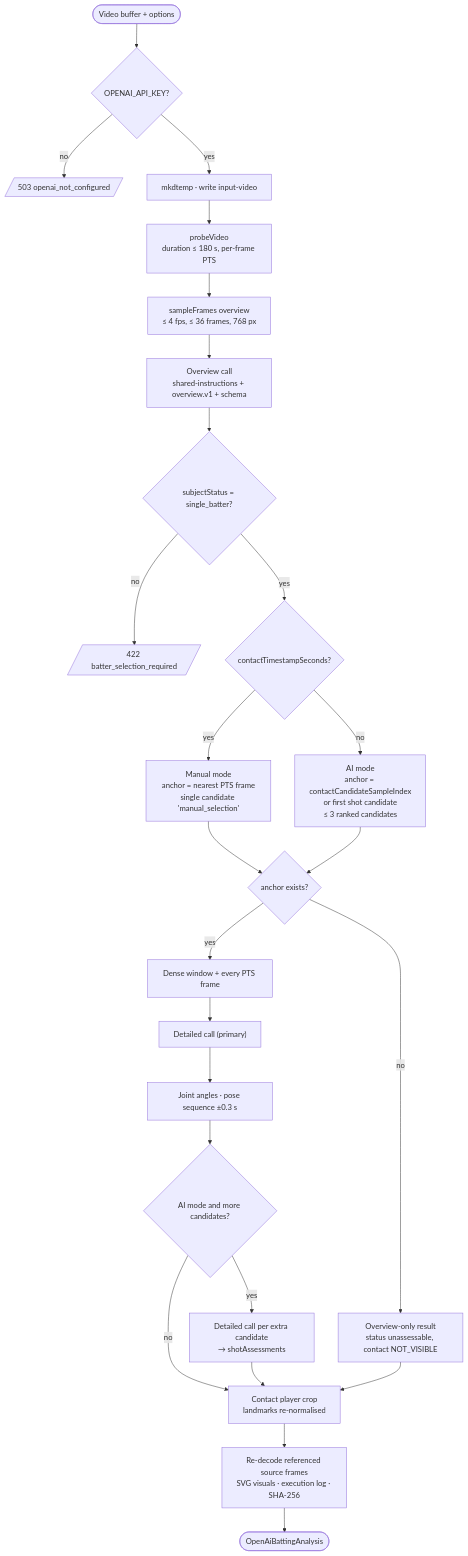
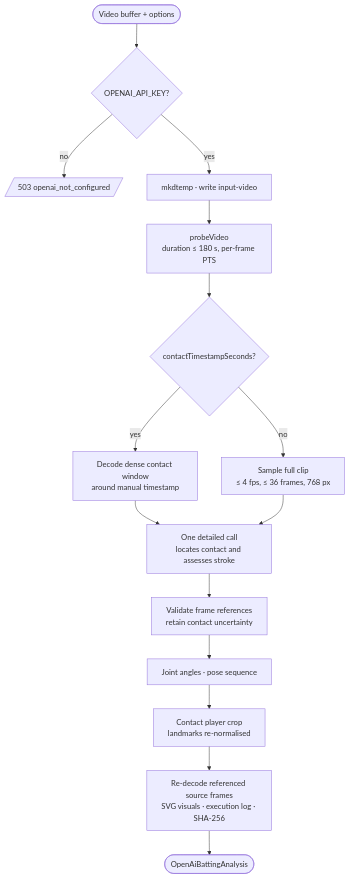
Before and after one commit to shahanur/eCricketCoach: the fourth of 9 diagrams in docs/openai-analysis-architecture.md, drawn with Mermaid. The commit also changed other lines of this file and 8 other files, not shown here.

````diff
--- a/docs/openai-analysis-architecture.md
+++ b/docs/openai-analysis-architecture.md
@@ -379,27 +370,17 @@
 ```mermaid
 flowchart TD
     A([Video buffer + options]) --> B{OPENAI_API_KEY?}
     B -- no --> X1[/503 openai_not_configured/]
     B -- yes --> C["mkdtemp · write input-video"]
     C --> D["probeVideo<br/>duration ≤ 180 s, per-frame PTS"]
-    D --> E["sampleFrames overview<br/>≤ 4 fps, ≤ 36 frames, 768 px"]
-    E --> F["Overview call<br/>shared-instructions + overview.v1 + schema"]
-    F --> G{subjectStatus = single_batter?}
-    G -- no --> X2[/422 batter_selection_required/]
-    G -- yes --> H{contactTimestampSeconds?}
-    H -- yes --> HM["Manual mode<br/>anchor = nearest PTS frame<br/>single candidate 'manual_selection'"]
-    H -- no --> HA["AI mode<br/>anchor = contactCandidateSampleIndex<br/>or first shot candidate<br/>≤ 3 ranked candidates"]
-    HM --> I
-    HA --> I{anchor exists?}
-    I -- no --> R["Overview-only result<br/>status unassessable, contact NOT_VISIBLE"]
-    I -- yes --> J["Dense window + every PTS frame"]
-    J --> K["Detailed call (primary)"]
-    K --> L["Joint angles · pose sequence ±0.3 s"]
-    L --> M{AI mode and more candidates?}
-    M -- yes --> N["Detailed call per extra candidate<br/>→ shotAssessments"]
-    M -- no --> P
-    N --> P["Contact player crop<br/>landmarks re-normalised"]
-    R --> P
+    D --> E{contactTimestampSeconds?}
+    E -- yes --> M["Decode dense contact window<br/>around manual timestamp"]
+    E -- no --> S["Sample full clip<br/>≤ 4 fps, ≤ 36 frames, 768 px"]
+    M --> I["One detailed call<br/>locates contact and assesses stroke"]
+    S --> I
+    I --> V["Validate frame references<br/>retain contact uncertainty"]
+    V --> L["Joint angles · pose sequence"]
+    L --> P["Contact player crop<br/>landmarks re-normalised"]
     P --> Q["Re-decode referenced source frames<br/>SVG visuals · execution log · SHA-256"]
     Q --> Z([OpenAiBattingAnalysis])
 ```
````
